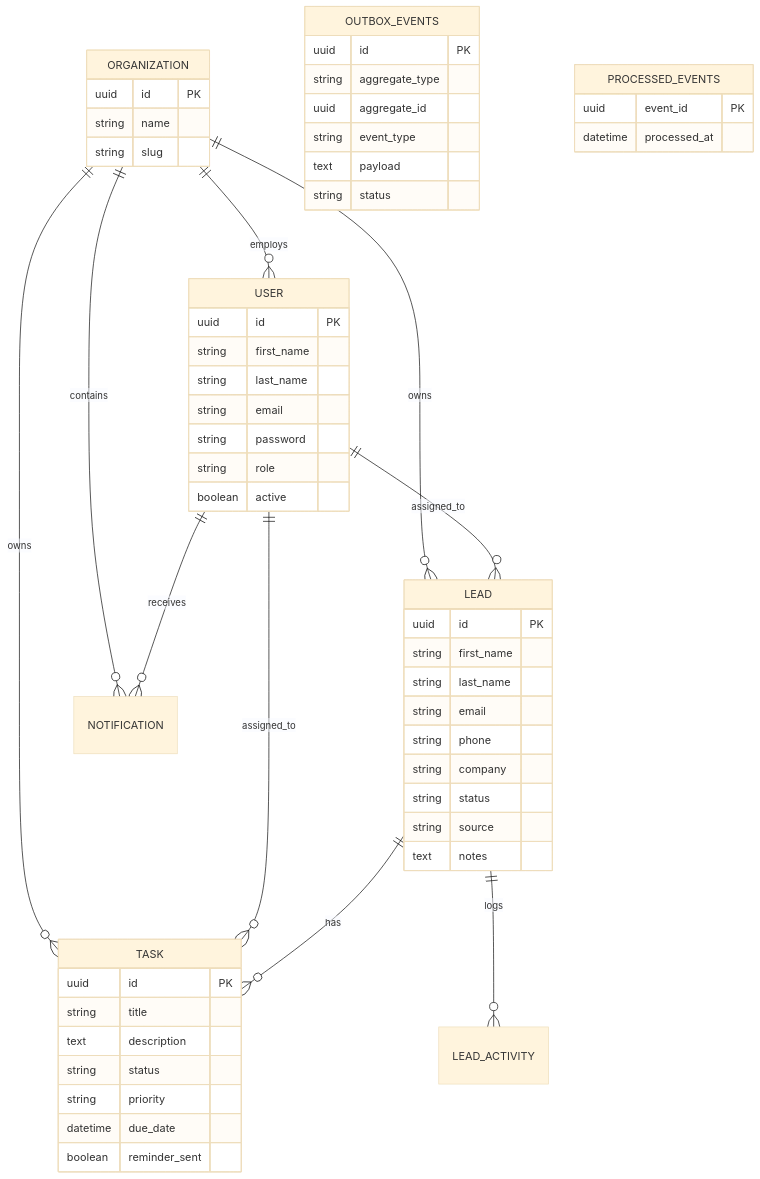
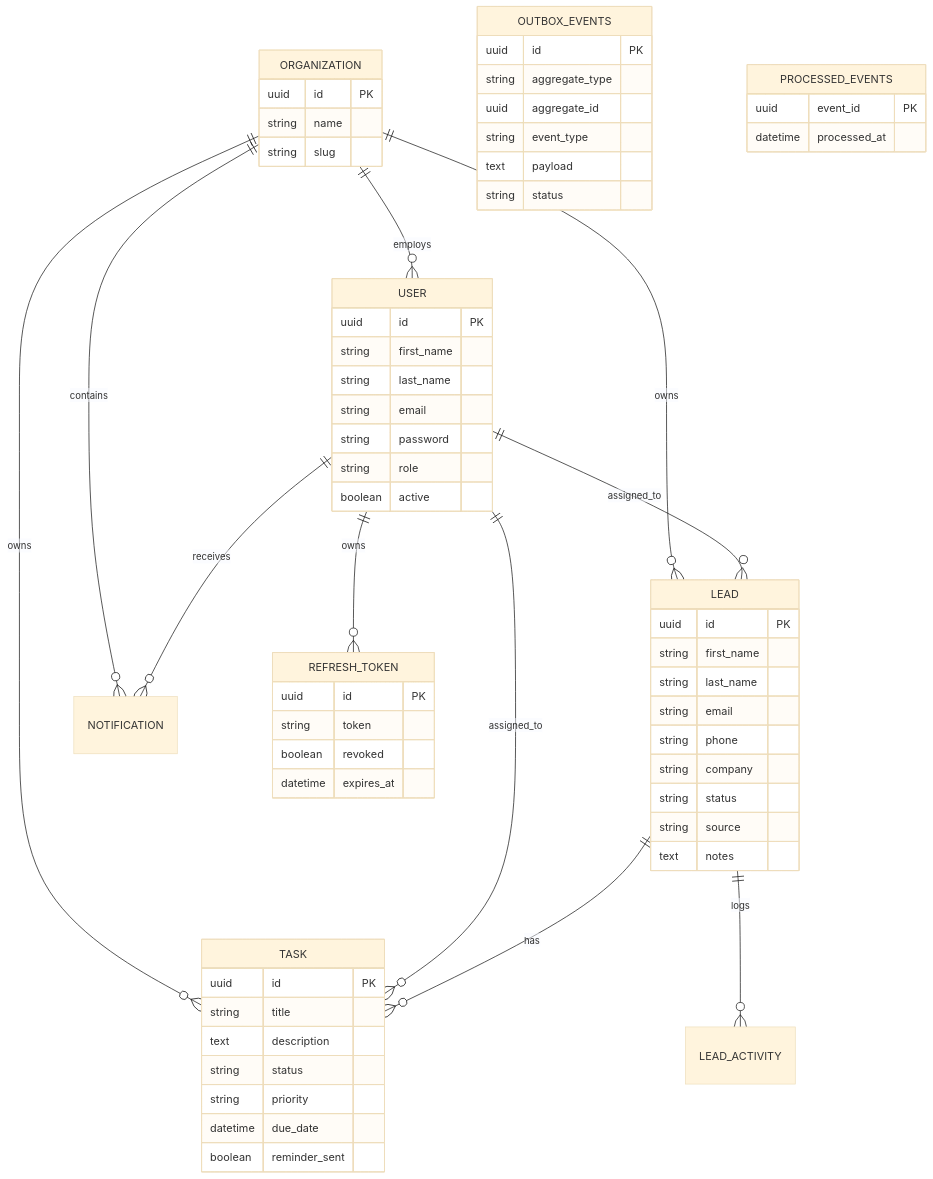
Before and after one commit to Rakshitshetty5/CRM: the fourth of 4 diagrams in README.md, drawn with Mermaid (base theme). The commit also changed other lines of this file, not shown here.

````diff
--- a/README.md
+++ b/README.md
@@ -431,59 +456,66 @@
 ```mermaid
 erDiagram
     ORGANIZATION ||--o{ USER : employs
     ORGANIZATION ||--o{ LEAD : owns
     ORGANIZATION ||--o{ TASK : owns
     ORGANIZATION ||--o{ NOTIFICATION : contains
     USER ||--o{ LEAD : assigned_to
     USER ||--o{ TASK : assigned_to
+    USER ||--o{ REFRESH_TOKEN : owns
     LEAD ||--o{ TASK : has
     LEAD ||--o{ LEAD_ACTIVITY : logs
     USER ||--o{ NOTIFICATION : receives
 
     ORGANIZATION {
         uuid id PK
         string name
         string slug
     }
     USER {
         uuid id PK
         string first_name
         string last_name
         string email
         string password
         string role
         boolean active
+    }
+    REFRESH_TOKEN {
+        uuid id PK
+        string token
+        boolean revoked
+        datetime expires_at
     }
     LEAD {
         uuid id PK
         string first_name
         string last_name
         string email
         string phone
         string company
         string status
         string source
         text notes
     }
     TASK {
         uuid id PK
         string title
         text description
         string status
         string priority
         datetime due_date
         boolean reminder_sent
     }
     OUTBOX_EVENTS {
         uuid id PK
         string aggregate_type
         uuid aggregate_id
         string event_type
         text payload
         string status
     }
     PROCESSED_EVENTS {
         uuid event_id PK
         datetime processed_at
     }
 ```
````
